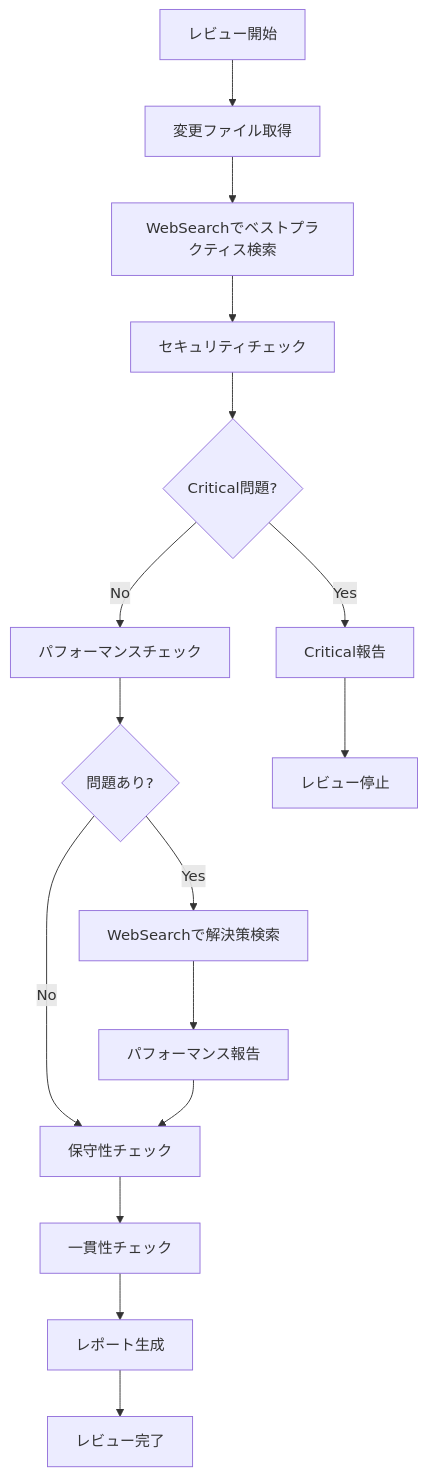
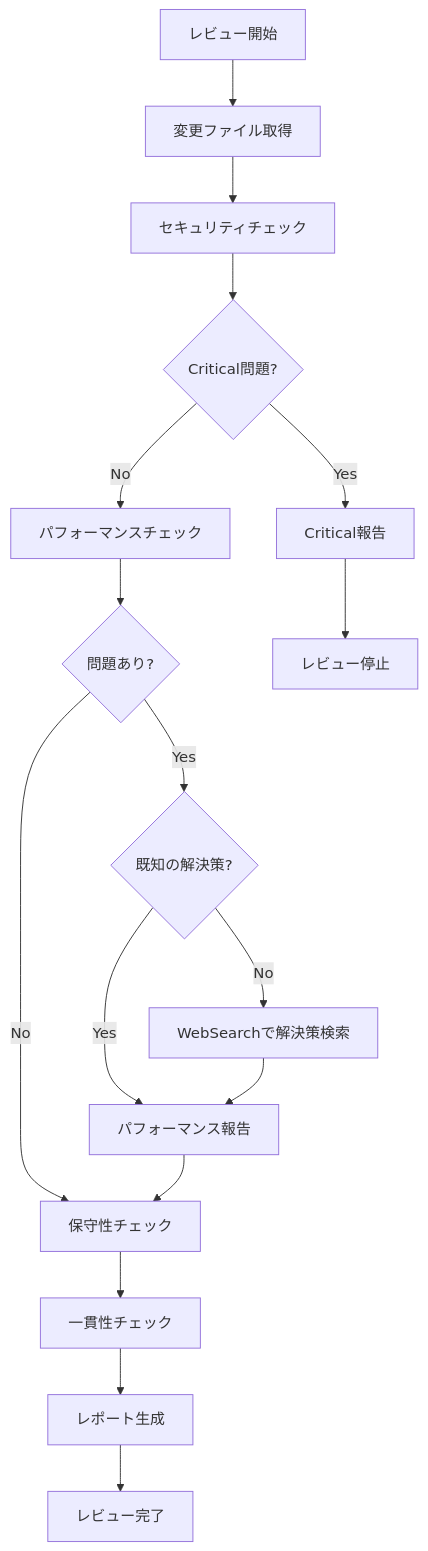
Before and after one commit to knishioka/simple-bookkeeping: the diagram in .claude/agents/code-reviewer.md, drawn with Mermaid. The commit also changed other lines of this file and 1 other file, not shown here.

First line of the commit message:
refactor: update WebSearch strategy to be used only when necessary

````diff
--- a/.claude/agents/code-reviewer.md
+++ b/.claude/agents/code-reviewer.md
@@ -92,22 +100,23 @@
 ```mermaid
 graph TD
     Start[レビュー開始] --> GetChanges[変更ファイル取得]
-    GetChanges --> WebSearch[WebSearchでベストプラクティス検索]
-    WebSearch --> SecurityCheck[セキュリティチェック]
+    GetChanges --> SecurityCheck[セキュリティチェック]
 
     SecurityCheck --> SecurityIssue{Critical問題?}
     SecurityIssue -->|Yes| ReportCritical[Critical報告]
     SecurityIssue -->|No| PerfCheck[パフォーマンスチェック]
 
     PerfCheck --> PerfIssue{問題あり?}
-    PerfIssue -->|Yes| WebSearchFix[WebSearchで解決策検索]
-    WebSearchFix --> ReportPerf[パフォーマンス報告]
+    PerfIssue -->|Yes| CheckKnownSolution{既知の解決策?}
+    CheckKnownSolution -->|No| WebSearchFix[WebSearchで解決策検索]
+    CheckKnownSolution -->|Yes| ReportPerf[パフォーマンス報告]
+    WebSearchFix --> ReportPerf
     PerfIssue -->|No| MaintCheck[保守性チェック]
 
     MaintCheck --> ConsistCheck[一貫性チェック]
     ConsistCheck --> GenerateReport[レポート生成]
 
     ReportCritical --> StopReview[レビュー停止]
     ReportPerf --> MaintCheck
     GenerateReport --> Complete[レビュー完了]
 ```
````
